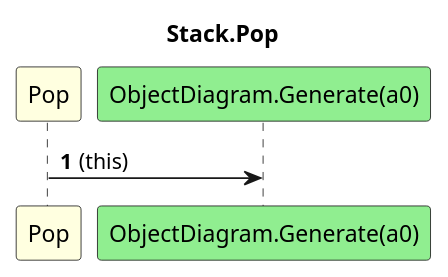
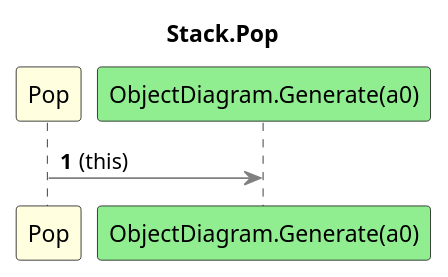
One commit to leoggehrer/2324-34_ABIF_ACIF_POSE changed the diagram in UPNCalculator.ConApp/diagrams/sq_Stack_Pop.puml. Above: the diagram before and after it, drawn with PlantUML. The commit also changed 12 other files, not shown here.

Commit message:
Generated object diagram.

```diff
--- a/UPNCalculator.ConApp/diagrams/sq_Stack_Pop.puml
+++ b/UPNCalculator.ConApp/diagrams/sq_Stack_Pop.puml
@@ -1,7 +1,7 @@
 @startuml Stack.Pop
 title Stack.Pop
 participant "Pop" as Pop #LightYellow
 participant "ObjectDiagram.Generate(a0)" as ObjectDiagram_Generate_a0 #LightGreen
 autonumber
-Pop -> ObjectDiagram_Generate_a0 : (this)
+Pop -[#grey]> ObjectDiagram_Generate_a0 : (this)
 @enduml
```
